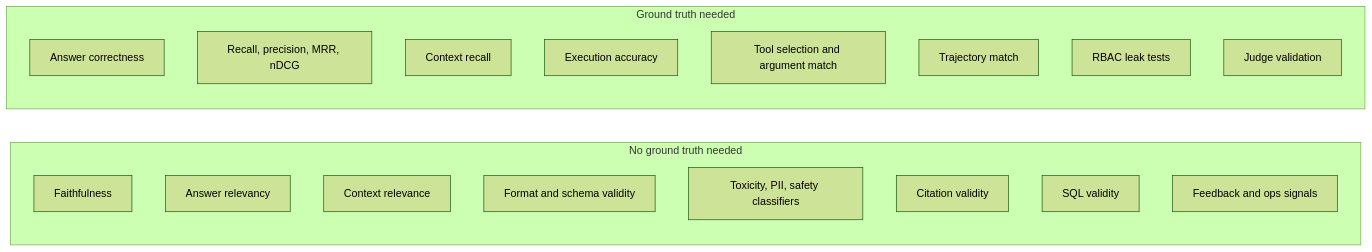
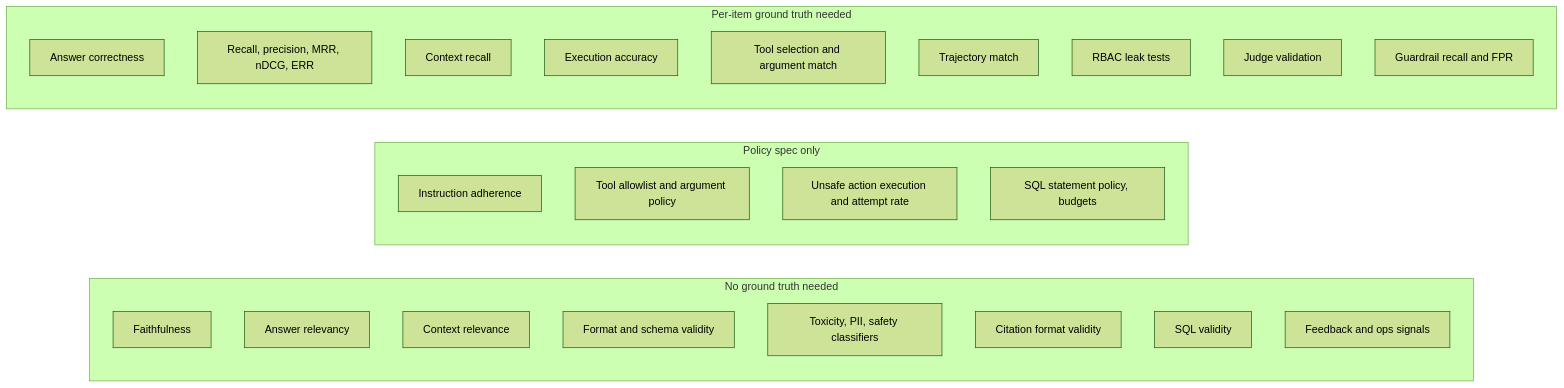
The diagram in research/05-decision-framework/03-metric-cheatsheet.md (Sarangk90/awesome-agent-evals-and-guardrails), drawn with Mermaid (forest theme) before and after one commit. The commit also changed other lines of this file and 5 other files, not shown here.

````diff
--- a/research/05-decision-framework/03-metric-cheatsheet.md
+++ b/research/05-decision-framework/03-metric-cheatsheet.md
@@ -256,23 +315,30 @@
 ```mermaid
 flowchart LR
     subgraph NoGT["No ground truth needed"]
         A1["Faithfulness"]
         A2["Answer relevancy"]
         A3["Context relevance"]
         A4["Format and schema validity"]
         A5["Toxicity, PII, safety classifiers"]
-        A6["Citation validity"]
+        A6["Citation format validity"]
         A7["SQL validity"]
         A8["Feedback and ops signals"]
     end
-    subgraph GT["Ground truth needed"]
+    subgraph Pol["Policy spec only"]
+        P1["Instruction adherence"]
+        P2["Tool allowlist and argument policy"]
+        P3["Unsafe action execution and attempt rate"]
+        P4["SQL statement policy, budgets"]
+    end
+    subgraph GT["Per-item ground truth needed"]
         B1["Answer correctness"]
-        B2["Recall, precision, MRR, nDCG"]
+        B2["Recall, precision, MRR, nDCG, ERR"]
         B3["Context recall"]
         B4["Execution accuracy"]
         B5["Tool selection and argument match"]
         B6["Trajectory match"]
         B7["RBAC leak tests"]
         B8["Judge validation"]
+        B9["Guardrail recall and FPR"]
     end
 ```
````
